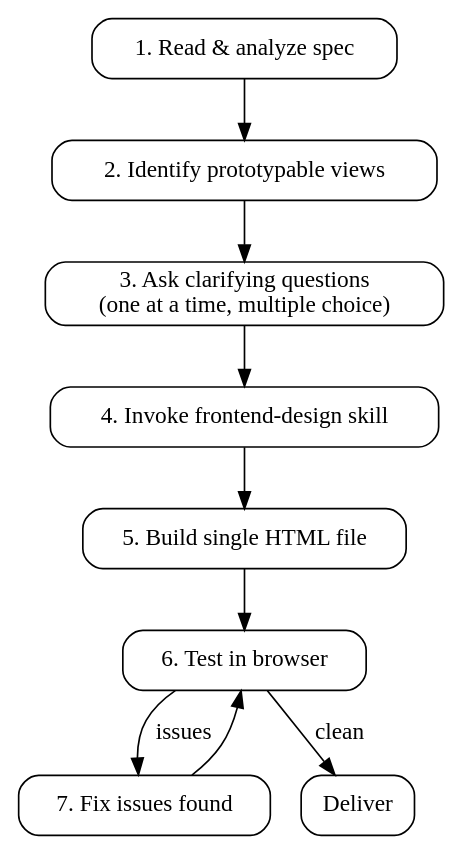
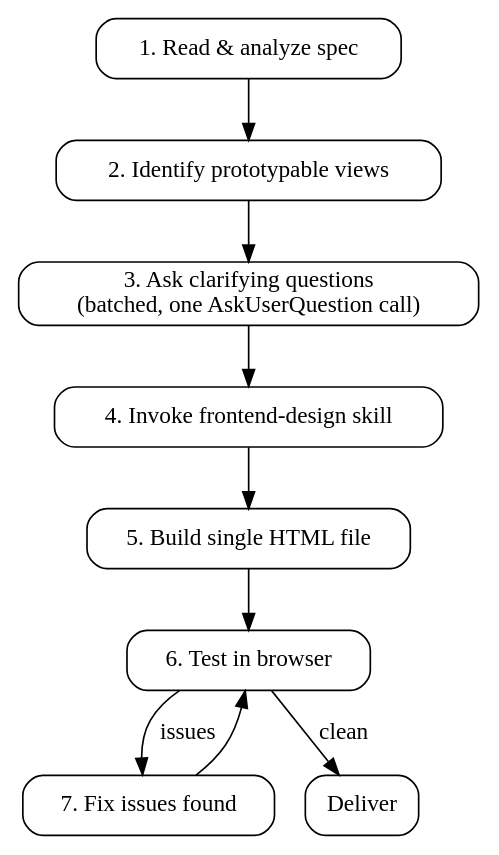
Before and after one commit to davistroy/claude-marketplace: the diagram in plugins/personal-plugin/skills/spec-to-prototype/SKILL.md, drawn with Graphviz. The commit also changed other lines of this file and 80 other files, not shown here.

````diff
--- a/plugins/personal-plugin/skills/spec-to-prototype/SKILL.md
+++ b/plugins/personal-plugin/skills/spec-to-prototype/SKILL.md
@@ -23,20 +23,20 @@
 ```dot
 digraph prototype_flow {
   rankdir=TB;
   node [shape=box, style=rounded];
 
   read [label="1. Read & analyze spec"];
   identify [label="2. Identify prototypable views"];
-  ask [label="3. Ask clarifying questions\n(one at a time, multiple choice)"];
+  ask [label="3. Ask clarifying questions\n(batched, one AskUserQuestion call)"];
   design [label="4. Invoke frontend-design skill"];
   build [label="5. Build single HTML file"];
   test [label="6. Test in browser"];
   fix [label="7. Fix issues found"];
   done [label="Deliver"];
 
   read -> identify -> ask -> design -> build -> test;
   test -> fix [label="issues"];
   fix -> test;
   test -> done [label="clean"];
 }
 ```
````
